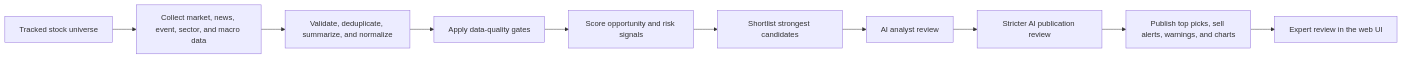
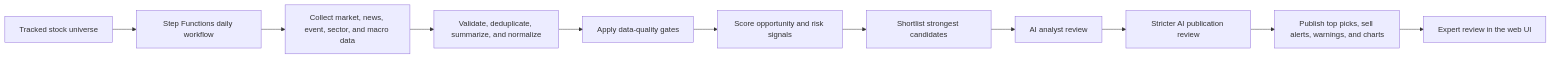
The diagram in docs/stockara-review/01-stock-data-and-analysis.md (csenkey/stockara), drawn with Mermaid before and after one commit. The commit also changed other lines of this file and 34 other files, not shown here.

````diff
--- a/docs/stockara-review/01-stock-data-and-analysis.md
+++ b/docs/stockara-review/01-stock-data-and-analysis.md
@@ -21,12 +22,13 @@
 ```mermaid
 flowchart LR
-  Universe["Tracked stock universe"] --> Collect["Collect market, news, event, sector, and macro data"]
+  Universe["Tracked stock universe"] --> Orchestrator["Step Functions daily workflow"]
+  Orchestrator --> Collect["Collect market, news, event, sector, and macro data"]
   Collect --> Clean["Validate, deduplicate, summarize, and normalize"]
   Clean --> Gates["Apply data-quality gates"]
   Gates --> Score["Score opportunity and risk signals"]
   Score --> Shortlist["Shortlist strongest candidates"]
   Shortlist --> AI["AI analyst review"]
   AI --> Review["Stricter AI publication review"]
   Review --> Publish["Publish top picks, sell alerts, warnings, and charts"]
   Publish --> Experts["Expert review in the web UI"]
 ```
````
